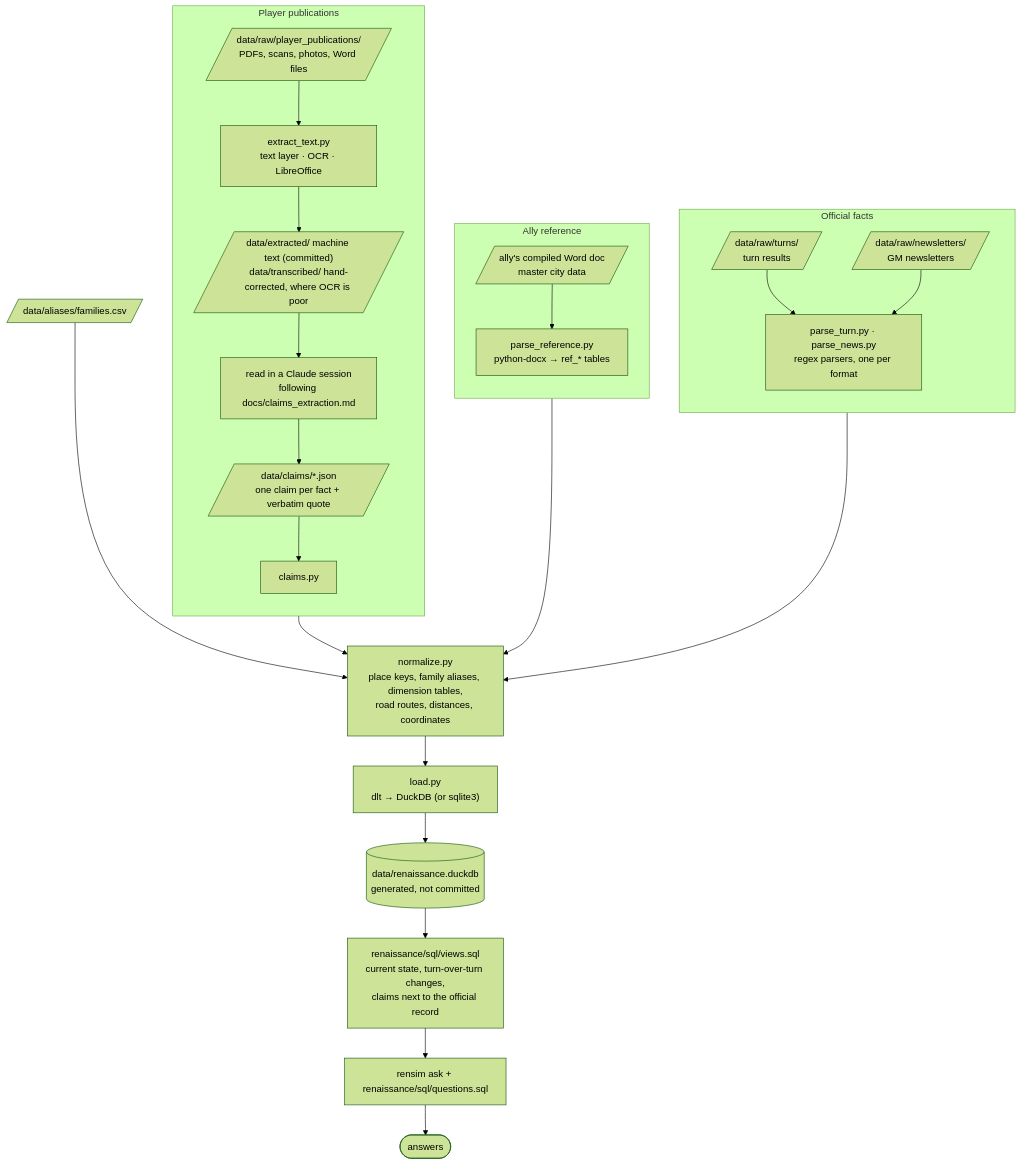
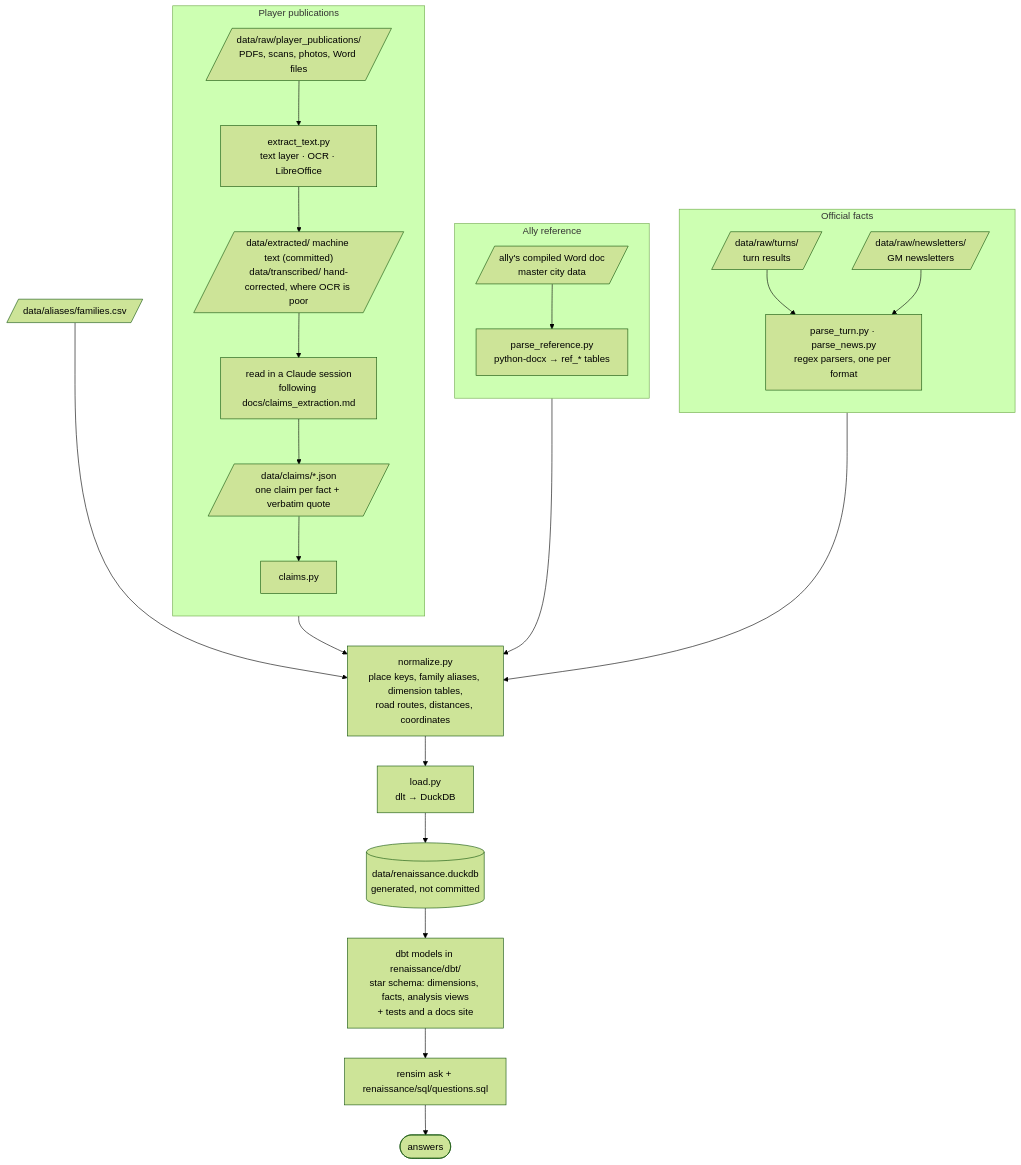
One commit to matt-a-t/rensim-tools changed the first of 2 diagrams in docs/architecture.md. Above: the diagram before and after it, drawn with Mermaid (forest theme). The commit also changed other lines of this file and 52 other files, not shown here.

````diff
--- a/docs/architecture.md
+++ b/docs/architecture.md
@@ -8,43 +8,43 @@
 ```mermaid
 flowchart TB
   subgraph official[Official facts]
     direction TB
     turns[/"data/raw/turns/<br/>turn results"/]
     news[/"data/raw/newsletters/<br/>GM newsletters"/]
     pturn["parse_turn.py · parse_news.py<br/>regex parsers, one per format"]
     turns --> pturn
     news --> pturn
   end
 
   subgraph ally[Ally reference]
     direction TB
     refdoc[/"ally's compiled Word doc<br/>master city data"/]
     pref["parse_reference.py<br/>python-docx → ref_* tables"]
     refdoc --> pref
   end
 
   subgraph claims[Player publications]
     direction TB
     pubs[/"data/raw/player_publications/<br/>PDFs, scans, photos, Word files"/]
     extract["extract_text.py<br/>text layer · OCR · LibreOffice"]
     text[/"data/extracted/ machine text (committed)<br/>data/transcribed/ hand-corrected, where OCR is poor"/]
     session["read in a Claude session<br/>following docs/claims_extraction.md"]
     cjson[/"data/claims/*.json<br/>one claim per fact + verbatim quote"/]
     pclaims["claims.py"]
     pubs --> extract --> text --> session --> cjson --> pclaims
   end
 
   aliases[/"data/aliases/families.csv"/]
   normalize["normalize.py<br/>place keys, family aliases, dimension tables,<br/>road routes, distances, coordinates"]
-  load["load.py<br/>dlt → DuckDB (or sqlite3)"]
+  load["load.py<br/>dlt → DuckDB"]
   db[("data/renaissance.duckdb<br/>generated, not committed")]
-  views["renaissance/sql/views.sql<br/>current state, turn-over-turn changes,<br/>claims next to the official record"]
+  views["dbt models in renaissance/dbt/<br/>star schema: dimensions, facts, analysis views<br/>+ tests and a docs site"]
   ask["rensim ask + renaissance/sql/questions.sql"]
   answers(["answers"])
 
   pturn --> normalize
   pref --> normalize
   pclaims --> normalize
   aliases --> normalize
   normalize --> load --> db --> views --> ask --> answers
 ```
````
